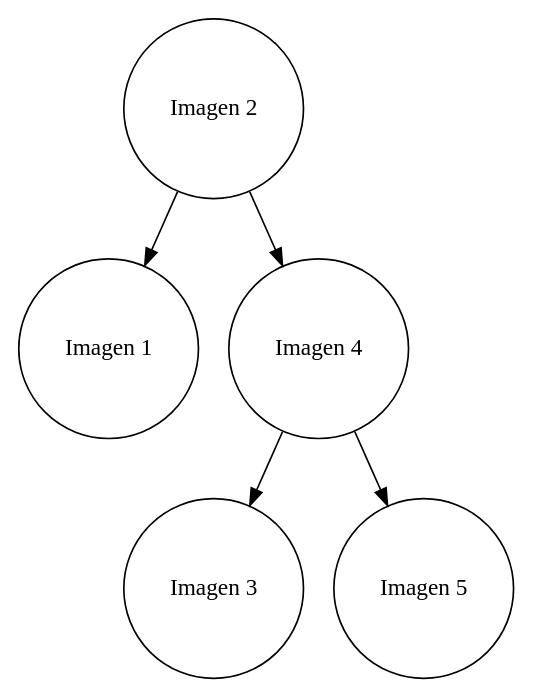
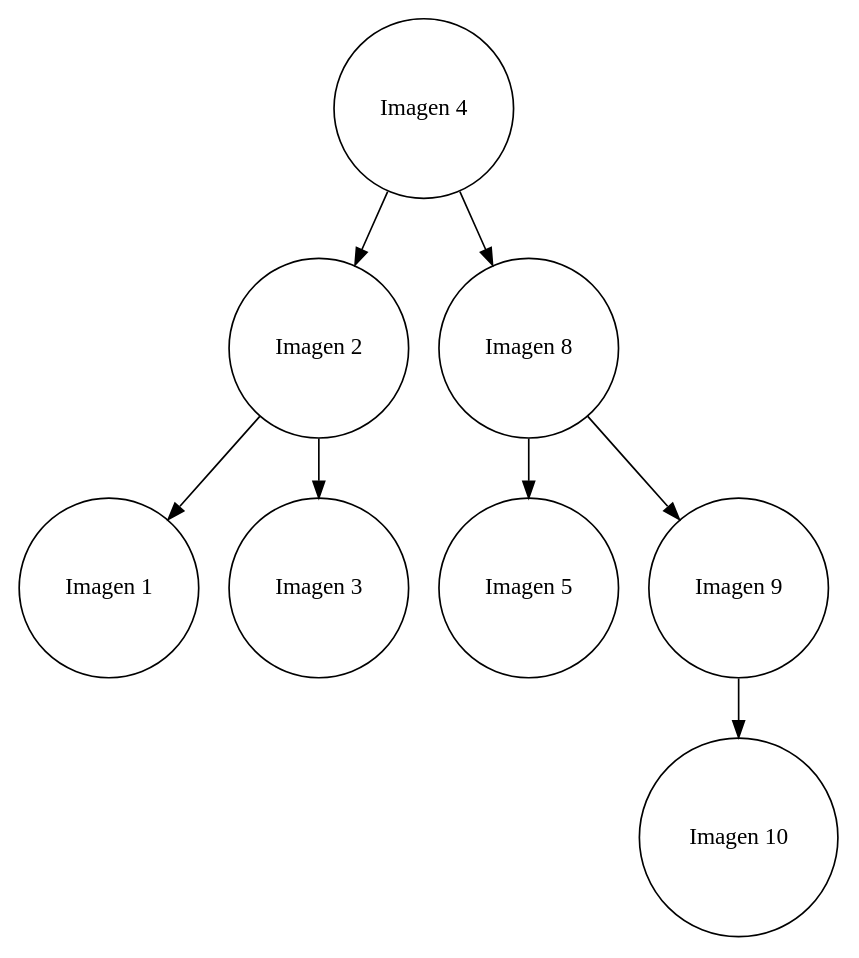
Before and after one commit to diegomazariegos2002/EDD_UDRAWING_FASE_202003975: the diagram in Fase 2/fase2_EDD/Clientes/Cliente_1/Imagenes/Arbol_AVL_Imagenes/Arbol_AVL_Imagenes.dot, drawn with Graphviz. The commit also changed 73 other files, not shown here.

```diff
--- a/Fase 2/fase2_EDD/Clientes/Cliente_1/Imagenes/Arbol_AVL_Imagenes/Arbol_AVL_Imagenes.dot
+++ b/Fase 2/fase2_EDD/Clientes/Cliente_1/Imagenes/Arbol_AVL_Imagenes/Arbol_AVL_Imagenes.dot
@@ -1,21 +1,33 @@
 digraph binaryTree { 
 node[shape = circle]; 
 
-Nodo1242998751[label = "Imagen 2"];
+Nodo1935168427[label = "Imagen 4"];
 
-Nodo1242998751 -> Nodo2057093116; 
+Nodo1935168427 -> Nodo696239527; 
 
-Nodo1242998751 -> Nodo312273150; 
+Nodo1935168427 -> Nodo339436332; 
 
-Nodo2057093116[label = "Imagen 1"];
+Nodo696239527[label = "Imagen 2"];
 
-Nodo312273150[label = "Imagen 4"];
+Nodo696239527 -> Nodo1995594099; 
 
-Nodo312273150 -> Nodo2125599804; 
+Nodo696239527 -> Nodo892486033; 
 
-Nodo312273150 -> Nodo31816810; 
+Nodo1995594099[label = "Imagen 1"];
 
-Nodo2125599804[label = "Imagen 3"];
+Nodo892486033[label = "Imagen 3"];
 
-Nodo31816810[label = "Imagen 5"];
+Nodo339436332[label = "Imagen 8"];
+
+Nodo339436332 -> Nodo1647831149; 
+
+Nodo339436332 -> Nodo613047058; 
+
+Nodo1647831149[label = "Imagen 5"];
+
+Nodo613047058[label = "Imagen 9"];
+
+Nodo613047058 -> Nodo1506389792; 
+
+Nodo1506389792[label = "Imagen 10"];
 }
```
